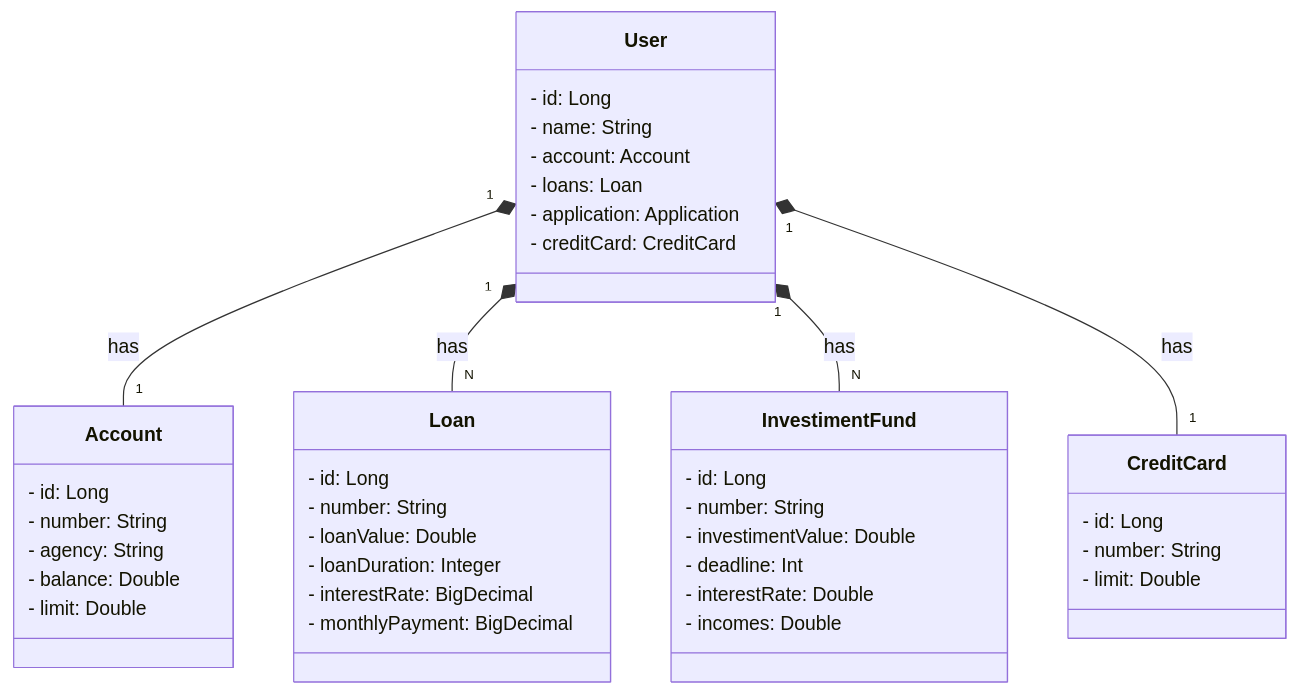
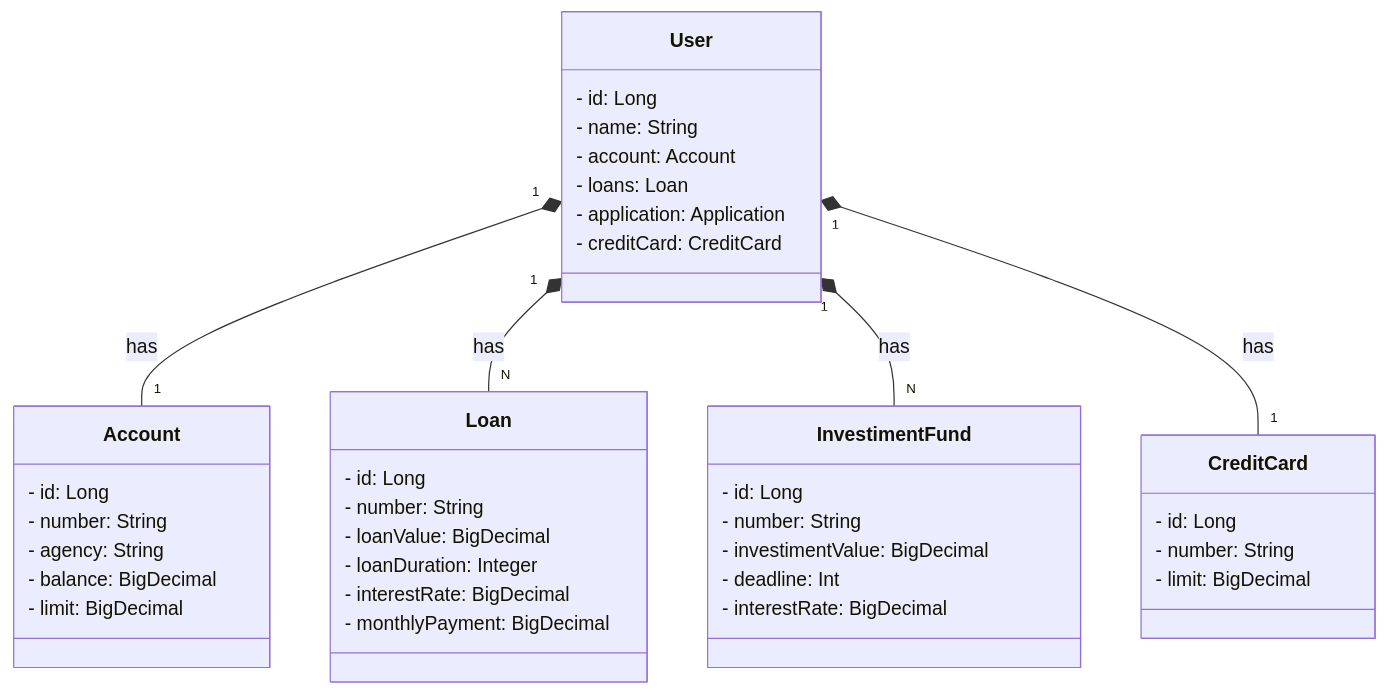
One commit to WBNogueira/santander-operacoes-2023 changed the diagram in README.md. Above: the diagram before and after it, drawn with Mermaid. The commit also changed 14 other files, not shown here.

````diff
--- a/README.md
+++ b/README.md
@@ -6,48 +6,47 @@
 ```mermaid
 classDiagram
     class User {
         - id: Long
         - name: String
         - account: Account
         - loans: Loan
         - application: Application
         - creditCard: CreditCard
     }
 
     class Account {
         - id: Long
         - number: String
         - agency: String
-        - balance: Double
-        - limit: Double
+        - balance: BigDecimal
+        - limit: BigDecimal
     }
 
     class Loan {
         - id: Long
         - number: String
-        - loanValue: Double
+        - loanValue: BigDecimal
         - loanDuration: Integer
         - interestRate: BigDecimal
         - monthlyPayment: BigDecimal
     }
 
     class InvestimentFund {
         - id: Long
         - number: String
-        - investimentValue: Double
+        - investimentValue: BigDecimal
         - deadline: Int
-        - interestRate: Double
-        - incomes: Double
+        - interestRate: BigDecimal
     }
 
     class CreditCard {
         - id: Long
         - number: String
-        - limit: Double
+        - limit: BigDecimal
     }
 
     User "1" *-- "1" Account : has
     User "1" *-- "N" Loan : has
     User "1" *-- "N" InvestimentFund : has
     User "1" *-- "1" CreditCard : has
 ```
````
